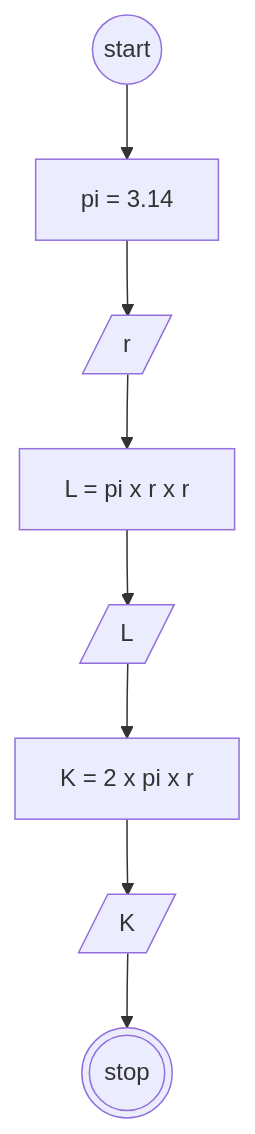
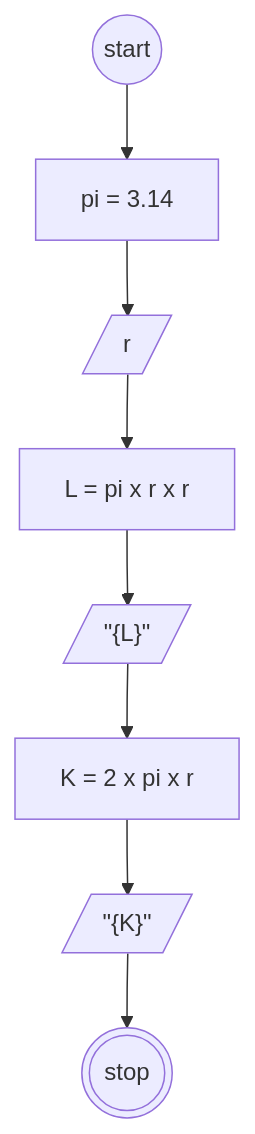
One commit to bildanjhry/Koda-b8-Algoritma changed the diagram in luas-dan-keliling.md. Above: the diagram before and after it, drawn with Mermaid.

````diff
--- a/luas-dan-keliling.md
+++ b/luas-dan-keliling.md
@@ -19,15 +19,15 @@
 ```mermaid
 flowchart TD
 
 start@{shape: circle, label: "start"}
 pi@{shape: rect, label: "pi = 3.14"}
 r@{shape: lean-r, label: "r"}
 luas@{shape: rect, label: "L = pi x r x r"}
 keliling@{shape: rect, label: "K = 2 x pi x r"}
-l@{shape: lean-r, label: "L"}
-k@{shape: lean-r, label: "K"}
+l@{shape: lean-r, label: '"{L}"'}
+k@{shape: lean-r, label: '"{K}"'}
 finnish@{shape: double-circle, label: "stop"}
 
 start-->pi-->r-->luas-->l-->keliling-->k-->finnish
 
 ```
````
